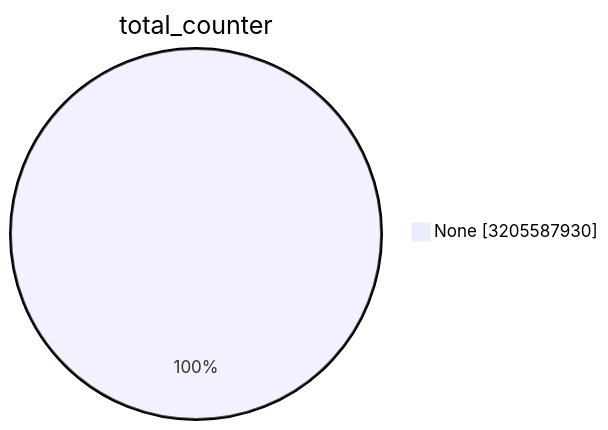
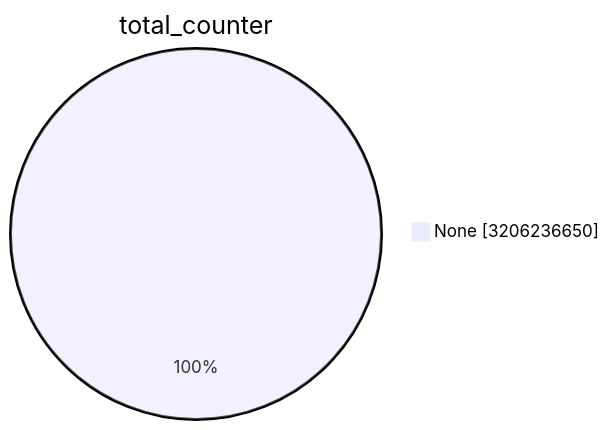
Before and after one commit to christiankrug/ctmonitor_visualization: the first of 15 diagrams in TOTAL/README.md, drawn with Mermaid. The commit also changed other lines of this file, not shown here.

````diff
--- a/TOTAL/README.md
+++ b/TOTAL/README.md
@@ -1,5 +1,5 @@
 ```mermaid
 pie showData
 title total_counter
-"None" :3205587930
+"None" :3206236650
 ```
````
